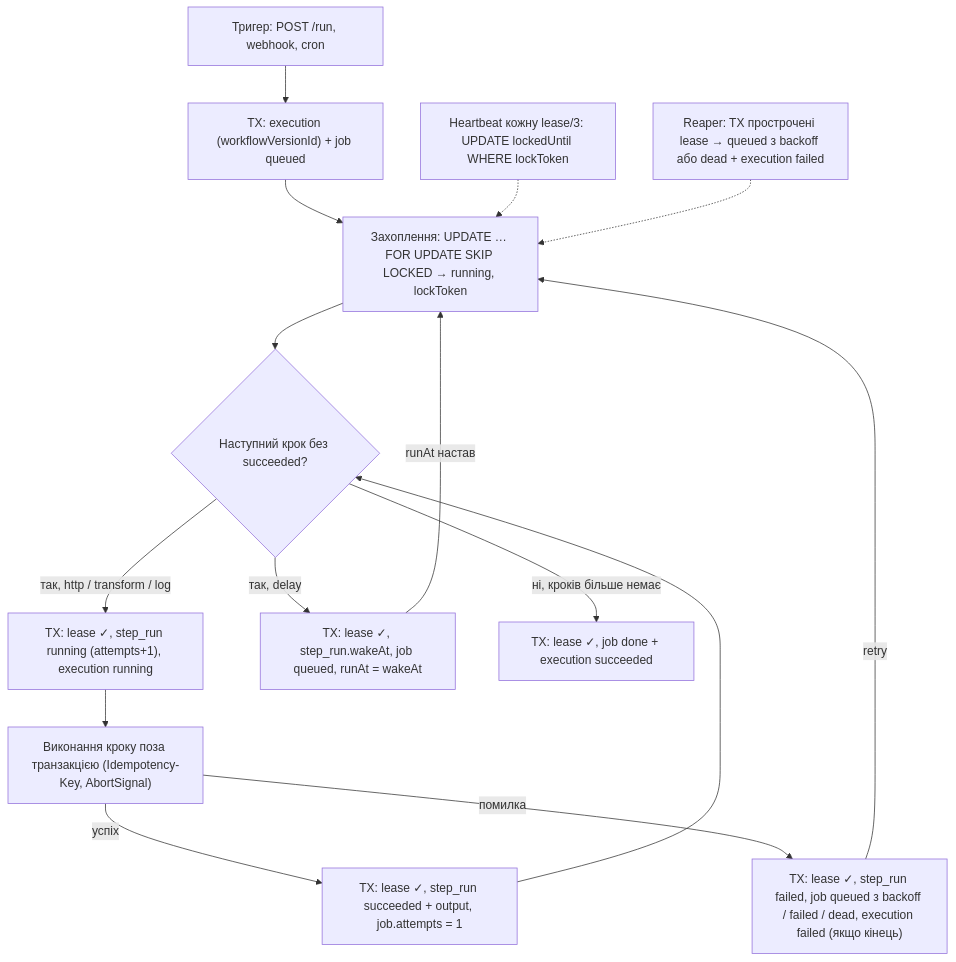
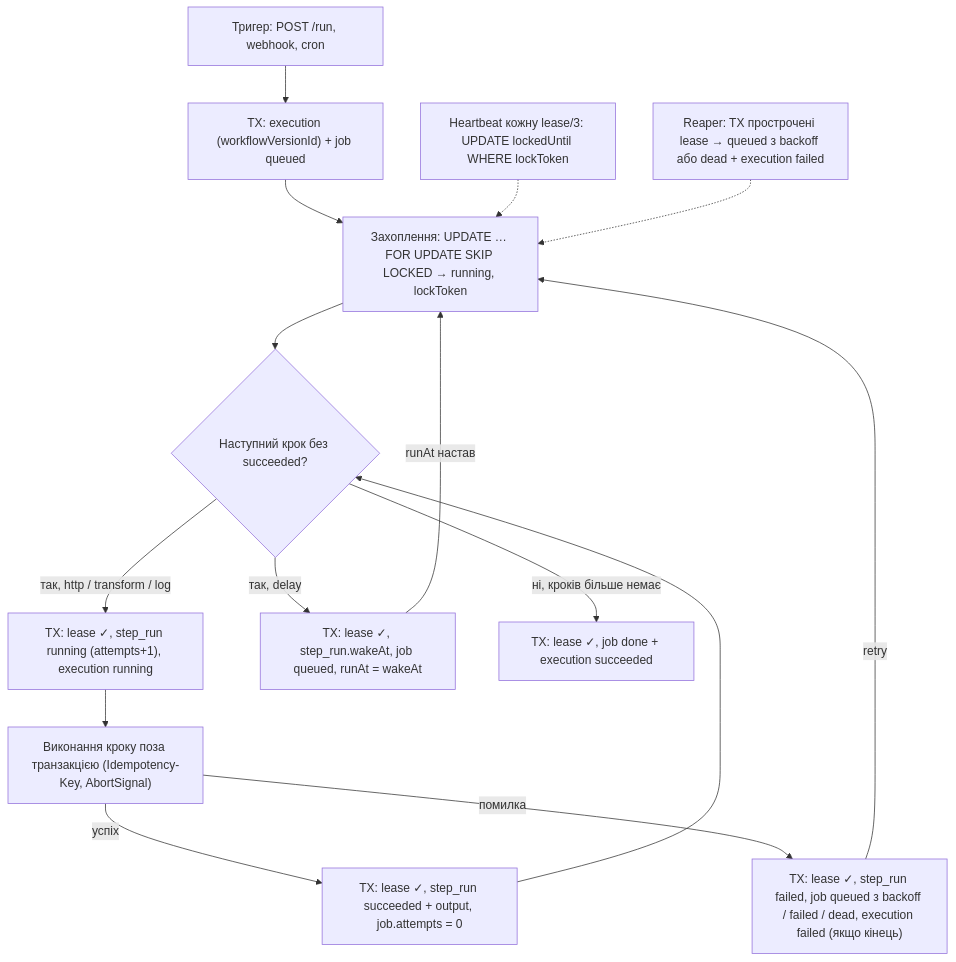
Before and after one commit to JuFios/flowforge-starter: the diagram in README.md, drawn with Mermaid. The commit also changed other lines of this file and 9 other files, not shown here.

````diff
--- a/README.md
+++ b/README.md
@@ -1567,17 +1577,17 @@
 ```mermaid
 flowchart TD
   T["Тригер: POST /run, webhook, cron"] --> E["TX: execution (workflowVersionId) + job queued"]
   E --> C["Захоплення: UPDATE … FOR UPDATE SKIP LOCKED → running, lockToken"]
   C --> L{"Наступний крок без succeeded?"}
   L -- "так, http / transform / log" --> S["TX: lease ✓, step_run running (attempts+1), execution running"]
   S --> X["Виконання кроку поза транзакцією (Idempotency-Key, AbortSignal)"]
-  X -- успіх --> K["TX: lease ✓, step_run succeeded + output, job.attempts = 1"]
+  X -- успіх --> K["TX: lease ✓, step_run succeeded + output, job.attempts = 0"]
   K --> L
   X -- помилка --> F["TX: lease ✓, step_run failed, job queued з backoff / failed / dead, execution failed (якщо кінець)"]
   F -- retry --> C
   L -- "так, delay" --> P["TX: lease ✓, step_run.wakeAt, job queued, runAt = wakeAt"]
   P -- "runAt настав" --> C
   L -- "ні, кроків більше немає" --> D["TX: lease ✓, job done + execution succeeded"]
   H["Heartbeat кожну lease/3: UPDATE lockedUntil WHERE lockToken"] -.-> C
   R["Reaper: TX прострочені lease → queued з backoff або dead + execution failed"] -.-> C
 ```
````
